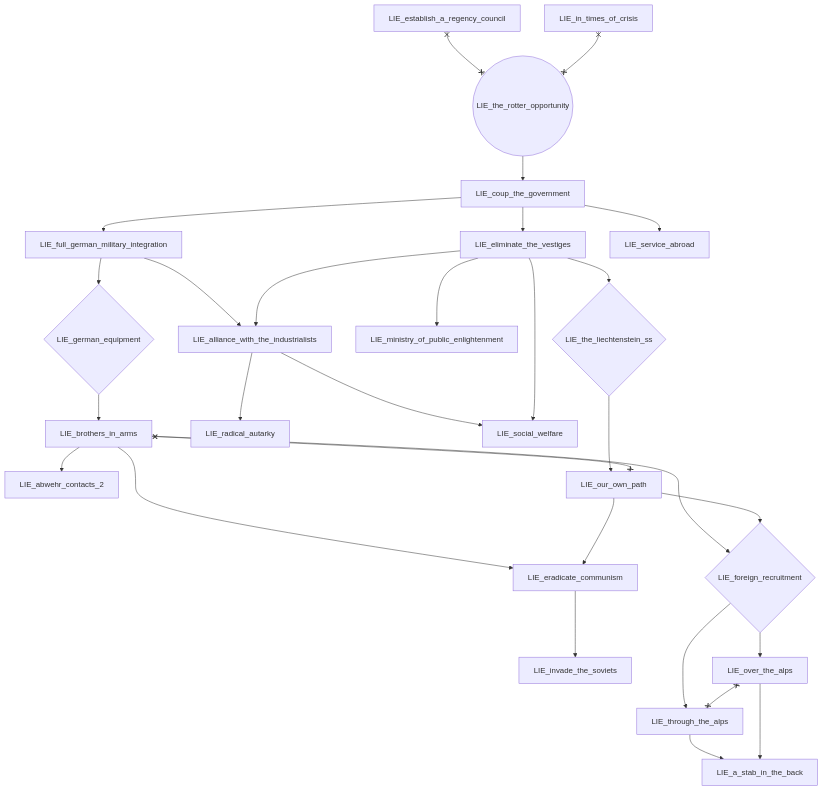
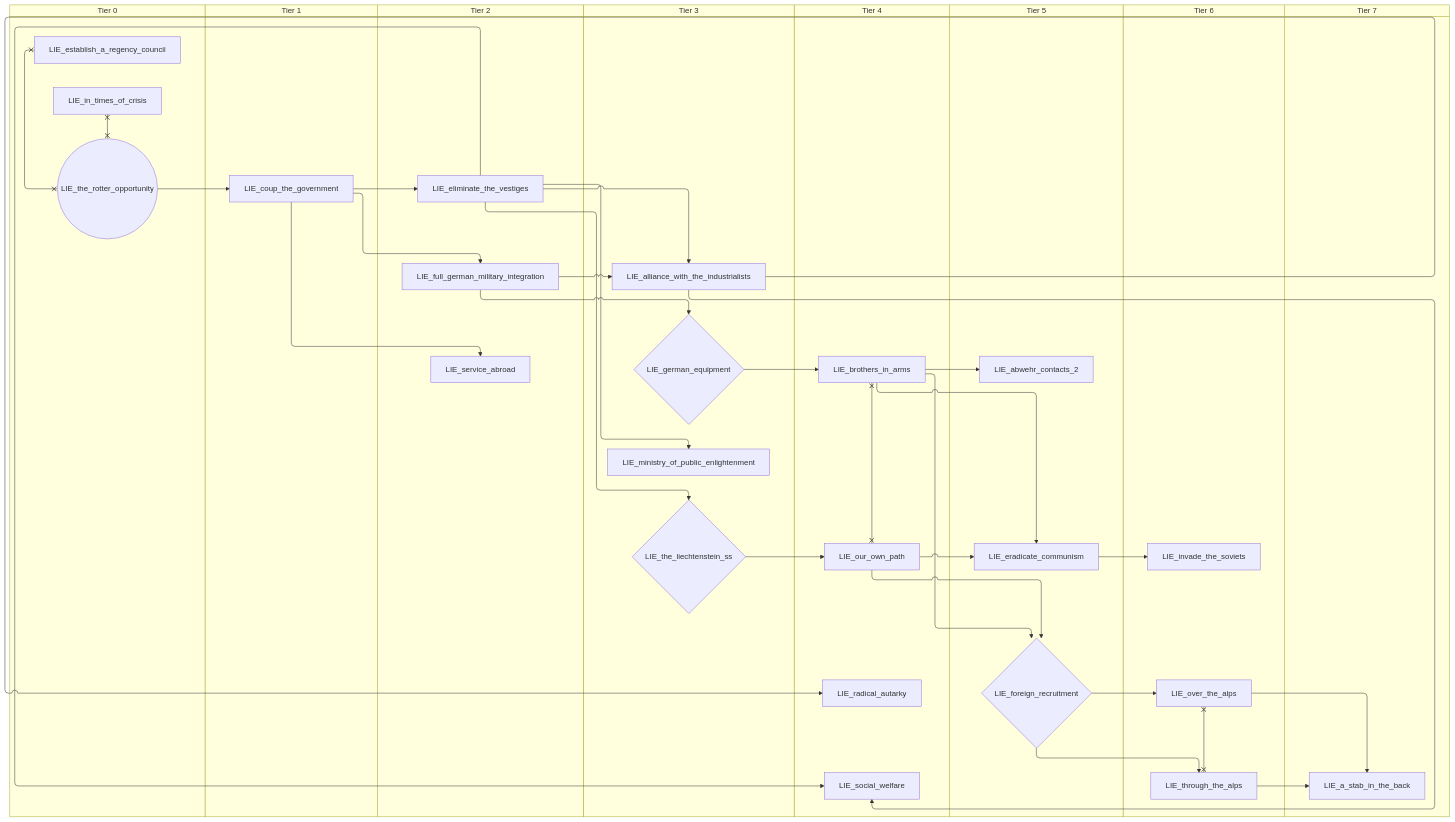
One commit to evgeny-sobol/hoi4-sandbox-mode-r56 changed the fifth of 6 diagrams in docs/gdd/National Focuses/r56/liechtenstein.md. Above: the diagram before and after it, drawn with Mermaid. The commit also changed other lines of this file and 423 other files, not shown here.

First line of the commit message:
Re-export Rt56 focus trees as swimlane diagrams

````diff
--- a/docs/gdd/National Focuses/r56/liechtenstein.md
+++ b/docs/gdd/National Focuses/r56/liechtenstein.md
@@ -318,53 +370,69 @@
 ```mermaid
-flowchart TD
-    n114["LIE_a_stab_in_the_back"]
-    n115["LIE_abwehr_contacts_2"]
-    n116["LIE_alliance_with_the_industrialists"]
-    n117["LIE_brothers_in_arms"]
-    n118["LIE_coup_the_government"]
-    n119["LIE_eliminate_the_vestiges"]
-    n120["LIE_eradicate_communism"]
-    n12["LIE_establish_a_regency_council"]
-    n121{"LIE_foreign_recruitment"}
-    n122["LIE_full_german_military_integration"]
-    n123{"LIE_german_equipment"}
-    n18["LIE_in_times_of_crisis"]
-    n124["LIE_invade_the_soviets"]
-    n125["LIE_ministry_of_public_enlightenment"]
-    n126["LIE_our_own_path"]
-    n127["LIE_over_the_alps"]
-    n128["LIE_radical_autarky"]
-    n129["LIE_service_abroad"]
-    n130["LIE_social_welfare"]
-    n131{"LIE_the_liechtenstein_ss"}
-    n46(("LIE_the_rotter_opportunity"))
-    n132["LIE_through_the_alps"]
-    n132 --> n114
-    n127 --> n114
-    n117 --> n115
-    n122 --> n116
-    n119 --> n116
-    n123 --> n117
-    n46 --> n118
-    n118 --> n119
-    n117 --> n120
-    n126 --> n120
-    n117 --> n121
-    n126 --> n121
-    n118 --> n122
-    n122 --> n123
-    n120 --> n124
-    n119 --> n125
-    n131 --> n126
-    n121 --> n127
-    n116 --> n128
-    n118 --> n129
-    n116 --> n130
-    n119 --> n130
-    n119 --> n131
-    n121 --> n132
-    n117 x--x n126
-    n12 x--x n46
-    n18 x--x n46
-    n127 x--x n132
+swimlane-beta TD
+    subgraph tier_0["Tier 0"]
+        n2["LIE_establish_a_regency_council"]
+        n3["LIE_in_times_of_crisis"]
+        n6(("LIE_the_rotter_opportunity"))
+    end
+    subgraph tier_1["Tier 1"]
+        n114["LIE_coup_the_government"]
+    end
+    subgraph tier_2["Tier 2"]
+        n115["LIE_eliminate_the_vestiges"]
+        n116["LIE_full_german_military_integration"]
+        n117["LIE_service_abroad"]
+    end
+    subgraph tier_3["Tier 3"]
+        n118["LIE_alliance_with_the_industrialists"]
+        n119{"LIE_german_equipment"}
+        n120["LIE_ministry_of_public_enlightenment"]
+        n121{"LIE_the_liechtenstein_ss"}
+    end
+    subgraph tier_4["Tier 4"]
+        n122["LIE_brothers_in_arms"]
+        n123["LIE_our_own_path"]
+        n124["LIE_radical_autarky"]
+        n125["LIE_social_welfare"]
+    end
+    subgraph tier_5["Tier 5"]
+        n126["LIE_abwehr_contacts_2"]
+        n127["LIE_eradicate_communism"]
+        n128{"LIE_foreign_recruitment"}
+    end
+    subgraph tier_6["Tier 6"]
+        n129["LIE_invade_the_soviets"]
+        n130["LIE_over_the_alps"]
+        n131["LIE_through_the_alps"]
+    end
+    subgraph tier_7["Tier 7"]
+        n132["LIE_a_stab_in_the_back"]
+    end
+    n131 --> n132
+    n130 --> n132
+    n122 --> n126
+    n116 --> n118
+    n115 --> n118
+    n119 --> n122
+    n6 --> n114
+    n114 --> n115
+    n122 --> n127
+    n123 --> n127
+    n122 --> n128
+    n123 --> n128
+    n114 --> n116
+    n116 --> n119
+    n127 --> n129
+    n115 --> n120
+    n121 --> n123
+    n128 --> n130
+    n118 --> n124
+    n114 --> n117
+    n118 --> n125
+    n115 --> n125
+    n115 --> n121
+    n128 --> n131
+    n122 x--x n123
+    n2 x--x n6
+    n3 x--x n6
+    n130 x--x n131
 ```
````
